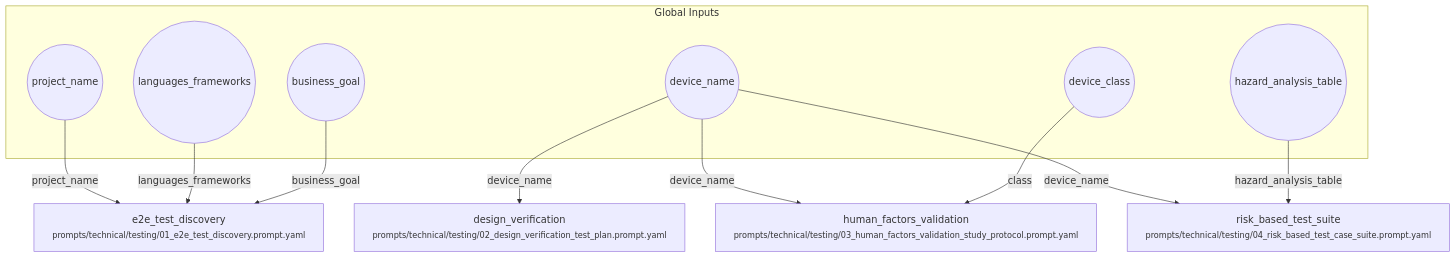
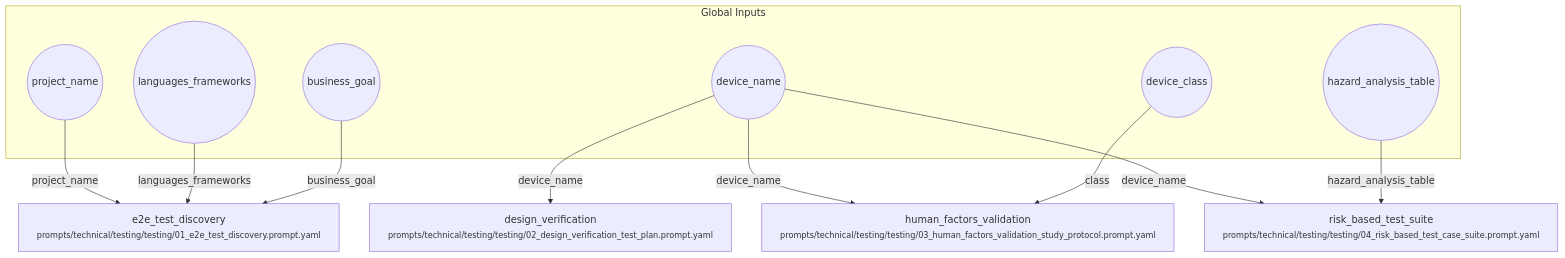
Before and after one commit to fderuiter/proompts: the diagram in workflows/technical/testing.workflow.md, drawn with Mermaid. The commit also changed 31 other files, not shown here.

````diff
--- a/workflows/technical/testing.workflow.md
+++ b/workflows/technical/testing.workflow.md
@@ -7,23 +7,23 @@
 ```mermaid
 flowchart TD
     subgraph Inputs [Global Inputs]
         inp_project_name((project_name))
         inp_languages_frameworks((languages_frameworks))
         inp_business_goal((business_goal))
         inp_device_name((device_name))
         inp_device_class((device_class))
         inp_hazard_analysis_table((hazard_analysis_table))
     end
-    e2e_test_discovery["e2e_test_discovery<br/><small>prompts/technical/testing/01_e2e_test_discovery.prompt.yaml</small>"]
-    design_verification["design_verification<br/><small>prompts/technical/testing/02_design_verification_test_plan.prompt.yaml</small>"]
-    human_factors_validation["human_factors_validation<br/><small>prompts/technical/testing/03_human_factors_validation_study_protocol.prompt.yaml</small>"]
-    risk_based_test_suite["risk_based_test_suite<br/><small>prompts/technical/testing/04_risk_based_test_case_suite.prompt.yaml</small>"]
+    e2e_test_discovery["e2e_test_discovery<br/><small>prompts/technical/testing/testing/01_e2e_test_discovery.prompt.yaml</small>"]
+    design_verification["design_verification<br/><small>prompts/technical/testing/testing/02_design_verification_test_plan.prompt.yaml</small>"]
+    human_factors_validation["human_factors_validation<br/><small>prompts/technical/testing/testing/03_human_factors_validation_study_protocol.prompt.yaml</small>"]
+    risk_based_test_suite["risk_based_test_suite<br/><small>prompts/technical/testing/testing/04_risk_based_test_case_suite.prompt.yaml</small>"]
     inp_project_name -->|project_name| e2e_test_discovery
     inp_languages_frameworks -->|languages_frameworks| e2e_test_discovery
     inp_business_goal -->|business_goal| e2e_test_discovery
     inp_device_name -->|device_name| design_verification
     inp_device_name -->|device_name| human_factors_validation
     inp_device_class -->|class| human_factors_validation
     inp_device_name -->|device_name| risk_based_test_suite
     inp_hazard_analysis_table -->|hazard_analysis_table| risk_based_test_suite
 ```
````
